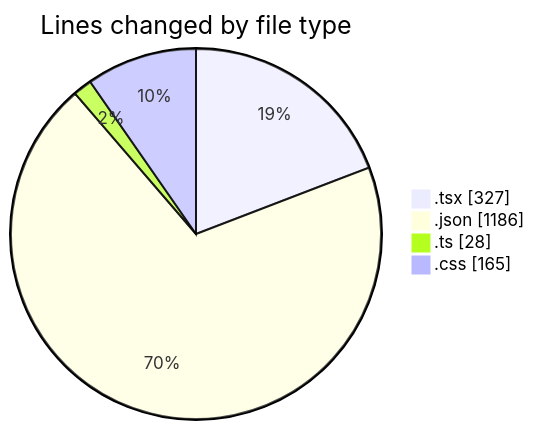
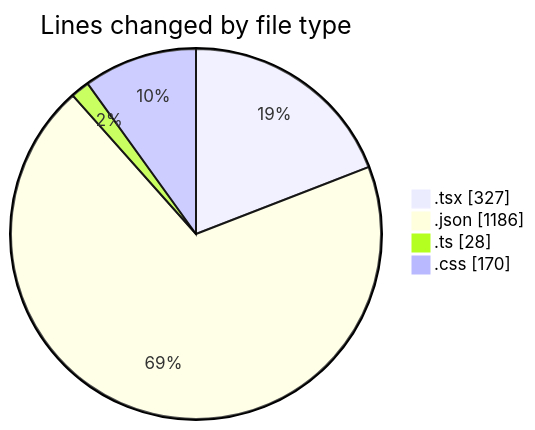
The first of 2 diagrams in 2025-08-04/tw-server/README.md (EIIisD/code-tracking), drawn with Mermaid before and after one commit. The commit also changed other lines of this file and 1 other file, not shown here.

````diff
--- a/2025-08-04/tw-server/README.md
+++ b/2025-08-04/tw-server/README.md
@@ -26,8 +26,8 @@
 ```mermaid
 pie showData
 title Lines changed by file type
 ".tsx" : 327
 ".json" : 1186
 ".ts" : 28
-".css" : 165
+".css" : 170
 ```
````
